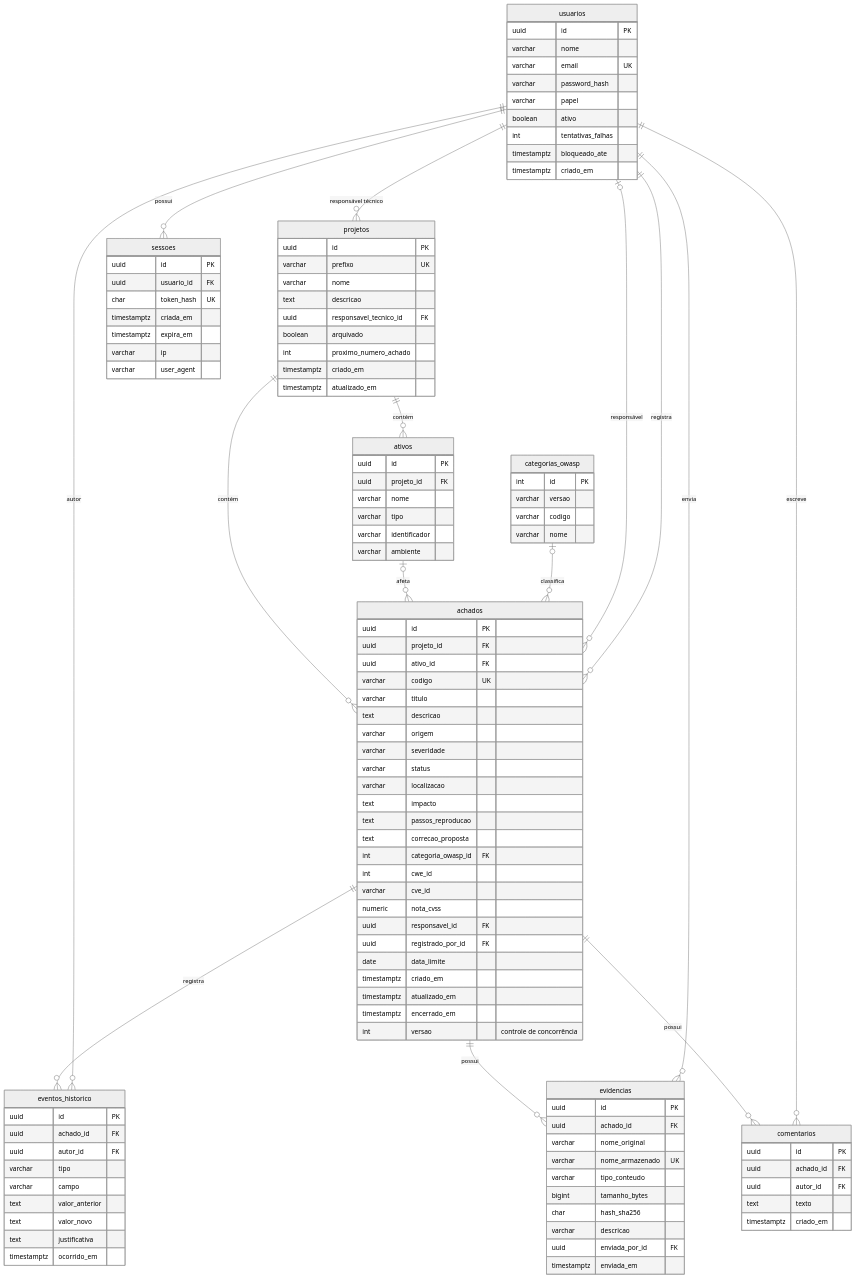
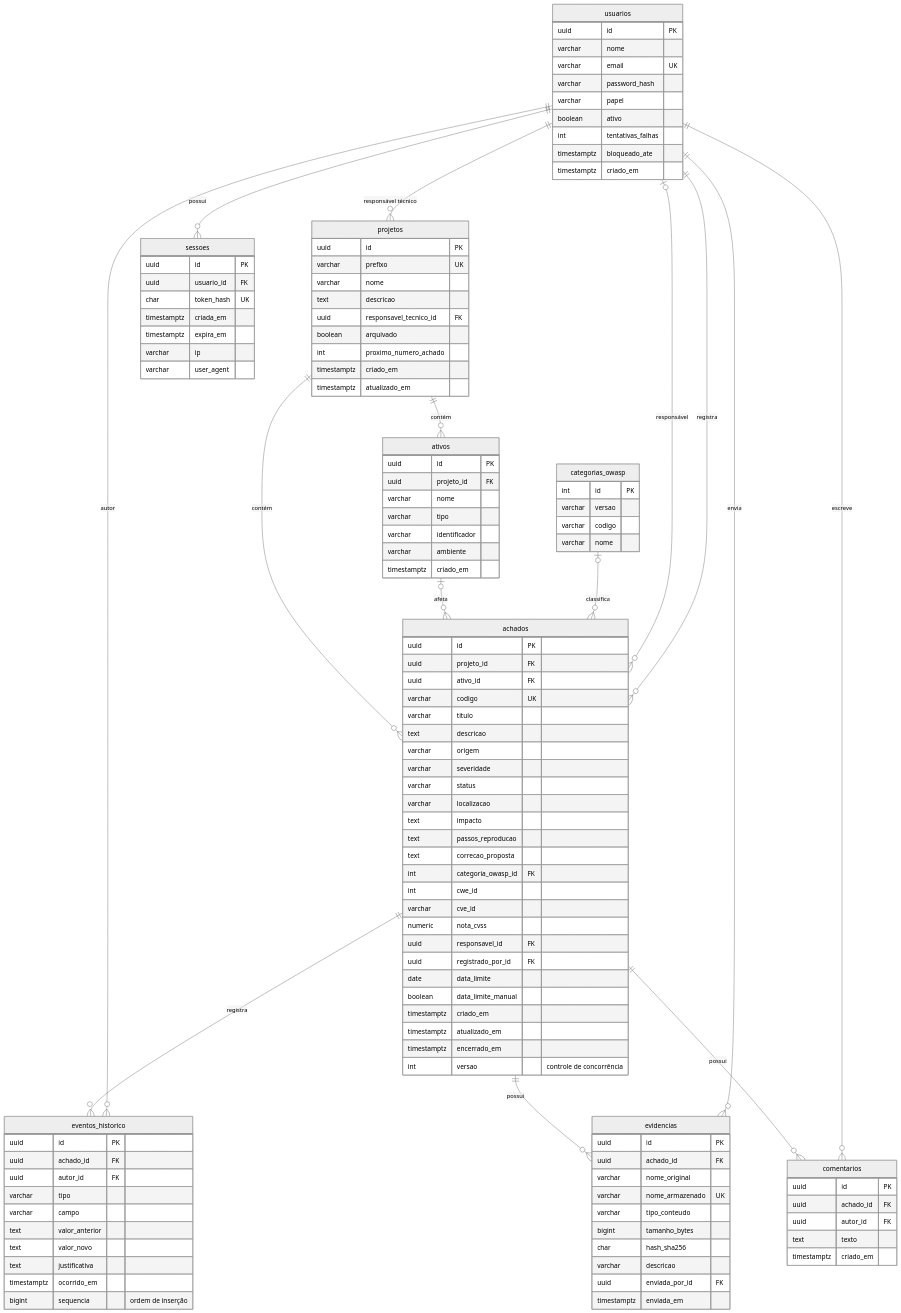
Before and after one commit to DanielTrindade/vulncase: the third of 8 diagrams in docs/03-modelagem.md, drawn with Mermaid (neutral theme). The commit also changed other lines of this file and 7 other files, not shown here.

```diff
--- a/docs/03-modelagem.md
+++ b/docs/03-modelagem.md
@@ -262,6 +262,7 @@
         varchar tipo
         varchar identificador
         varchar ambiente
+        timestamptz criado_em
     }
 
     categorias_owasp {
@@ -292,6 +293,7 @@
         uuid responsavel_id FK
         uuid registrado_por_id FK
         date data_limite
+        boolean data_limite_manual
         timestamptz criado_em
         timestamptz atualizado_em
         timestamptz encerrado_em
@@ -308,6 +310,7 @@
         text valor_novo
         text justificativa
         timestamptz ocorrido_em
+        bigint sequencia "ordem de inserção"
     }
 
     evidencias {
```
